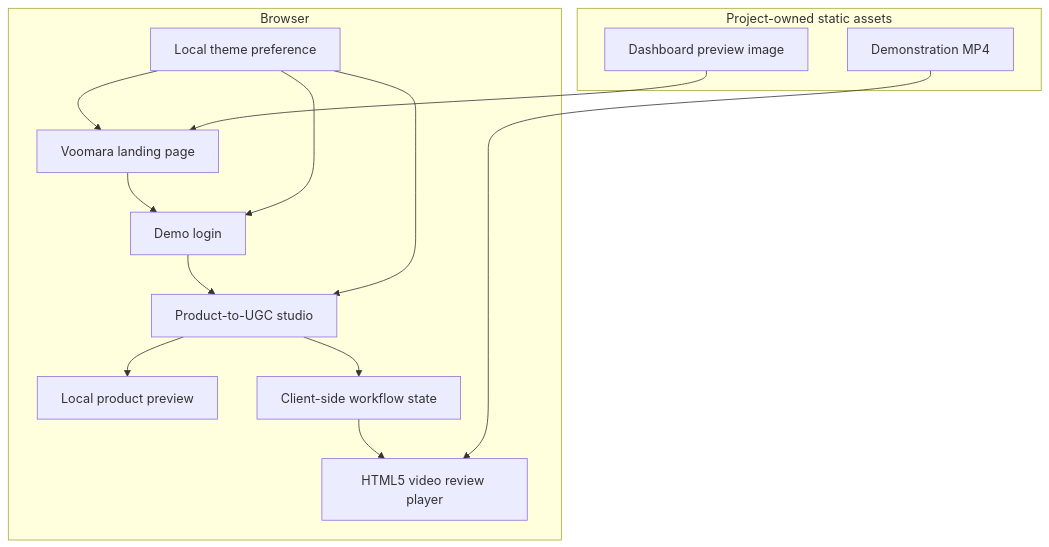
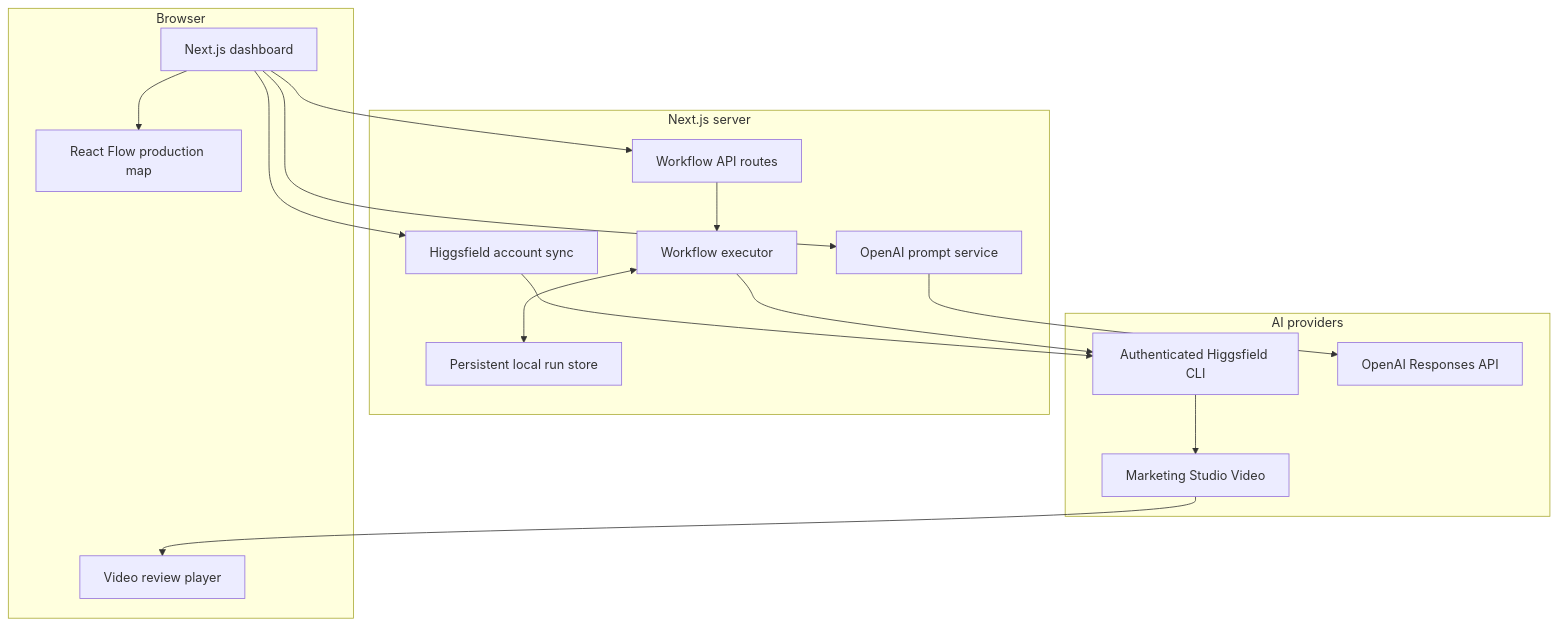
The second of 2 diagrams in README.md (rajvictor1/voomara-ugc-ads), drawn with Mermaid before and after one commit. The commit also changed other lines of this file and 20 other files, not shown here.

Commit message:
Add real Higgsfield workflow architecture

````diff
--- a/README.md
+++ b/README.md
@@ -90,28 +64,31 @@
 ```mermaid
 flowchart TB
     subgraph Browser["Browser"]
-        Landing["Voomara landing page"]
-        Login["Demo login"]
-        Studio["Product-to-UGC studio"]
-        Upload["Local product preview"]
-        Workflow["Client-side workflow state"]
-        Player["HTML5 video review player"]
-        Theme["Local theme preference"]
+        UI["Next.js dashboard"]
+        Canvas["React Flow production map"]
+        Player["Video review player"]
     end
-
-    subgraph Static["Project-owned static assets"]
-        Preview["Dashboard preview image"]
-        DemoVideo["Demonstration MP4"]
+    subgraph Server["Next.js server"]
+        Runs["Workflow API routes"]
+        Engine["Workflow executor"]
+        Store["Persistent local run store"]
+        HFAccount["Higgsfield account sync"]
+        Prompt["OpenAI prompt service"]
     end
-
-    Landing --> Login
-    Login --> Studio
-    Studio --> Upload
-    Studio --> Workflow
-    Workflow --> Player
-    Theme --> Landing
-    Theme --> Login
-    Theme --> Studio
-    Preview --> Landing
-    DemoVideo --> Player
+    subgraph Providers["AI providers"]
+        HFCLI["Authenticated Higgsfield CLI"]
+        HFStudio["Marketing Studio Video"]
+        OpenAI["OpenAI Responses API"]
+    end
+    UI --> Runs
+    Runs --> Engine
+    Engine <--> Store
+    UI --> Canvas
+    Engine --> HFCLI
+    HFCLI --> HFStudio
+    HFStudio --> Player
+    UI --> HFAccount
+    HFAccount --> HFCLI
+    UI --> Prompt
+    Prompt --> OpenAI
 ```
````
